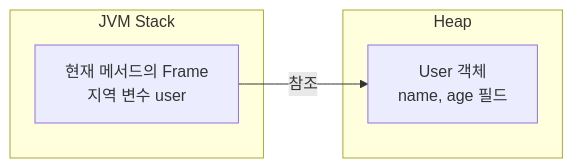
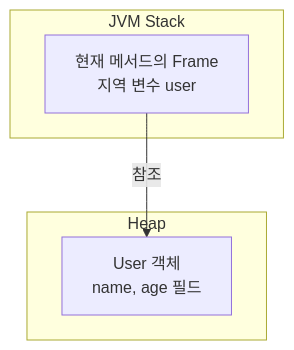
The first of 4 diagrams in Language/Java/JVM/03. Stack과 Heap.md (SangCheonP/Tech-Interview), drawn with Mermaid before and after one commit. The commit also changed other lines of this file, not shown here.

Commit message:
docs: review JVM diagrams and explanations

````diff
--- a/Language/Java/JVM/03. Stack과 Heap.md
+++ b/Language/Java/JVM/03. Stack과 Heap.md
@@ -107,10 +103,10 @@
 ```mermaid
-flowchart LR
+flowchart TB
     subgraph stack["JVM Stack"]
         user["현재 메서드의 Frame<br/>지역 변수 user"]
     end
     subgraph heap["Heap"]
         object["User 객체<br/>name, age 필드"]
     end
     user -->|참조| object
 ```
````
